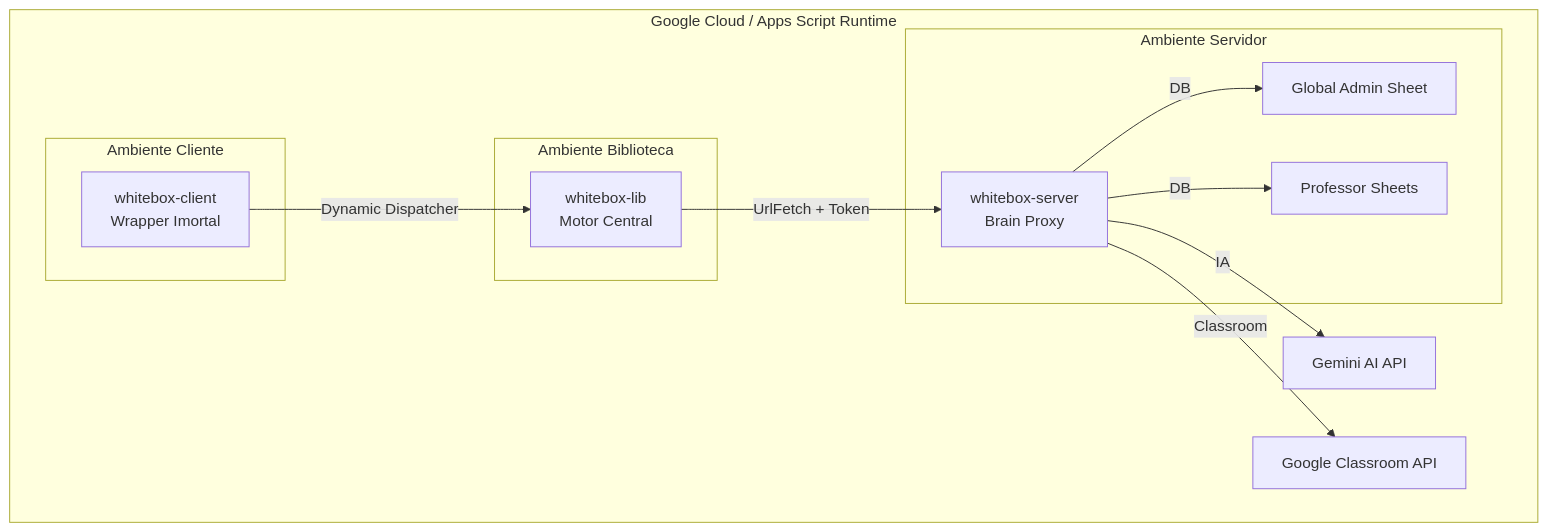
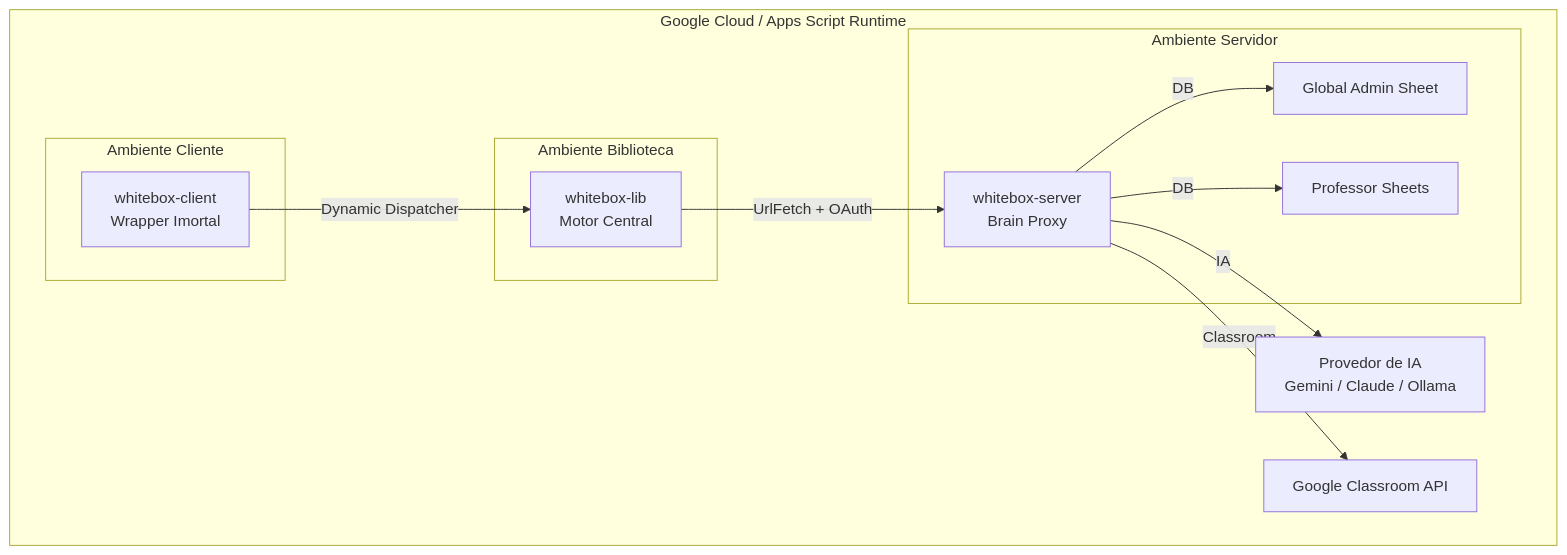
The diagram in docs/architecture.md (b566776/whitebox), drawn with Mermaid before and after one commit. The commit also changed other lines of this file and 31 other files, not shown here.

````diff
--- a/docs/architecture.md
+++ b/docs/architecture.md
@@ -8,25 +8,25 @@
 ```mermaid
 graph TD
     subgraph "Google Cloud / Apps Script Runtime"
         subgraph "Ambiente Cliente"
             A[whitebox-client <br/>Wrapper Imortal]
         end
 
         subgraph "Ambiente Biblioteca"
             L[whitebox-lib <br/>Motor Central]
         end
 
         subgraph "Ambiente Servidor"
             B[whitebox-server <br/>Brain Proxy]
             E[Global Admin Sheet]
             F[Professor Sheets]
         end
 
         A -- "Dynamic Dispatcher" --> L
-        L -- "UrlFetch + Token" --> B
-        B -- "IA" --> C[Gemini AI API]
+        L -- "UrlFetch + OAuth" --> B
+        B -- "IA" --> C[Provedor de IA<br/>Gemini / Claude / Ollama]
         B -- "Classroom" --> D[Google Classroom API]
         B -- "DB" --> E
         B -- "DB" --> F
     end
 ```
````
